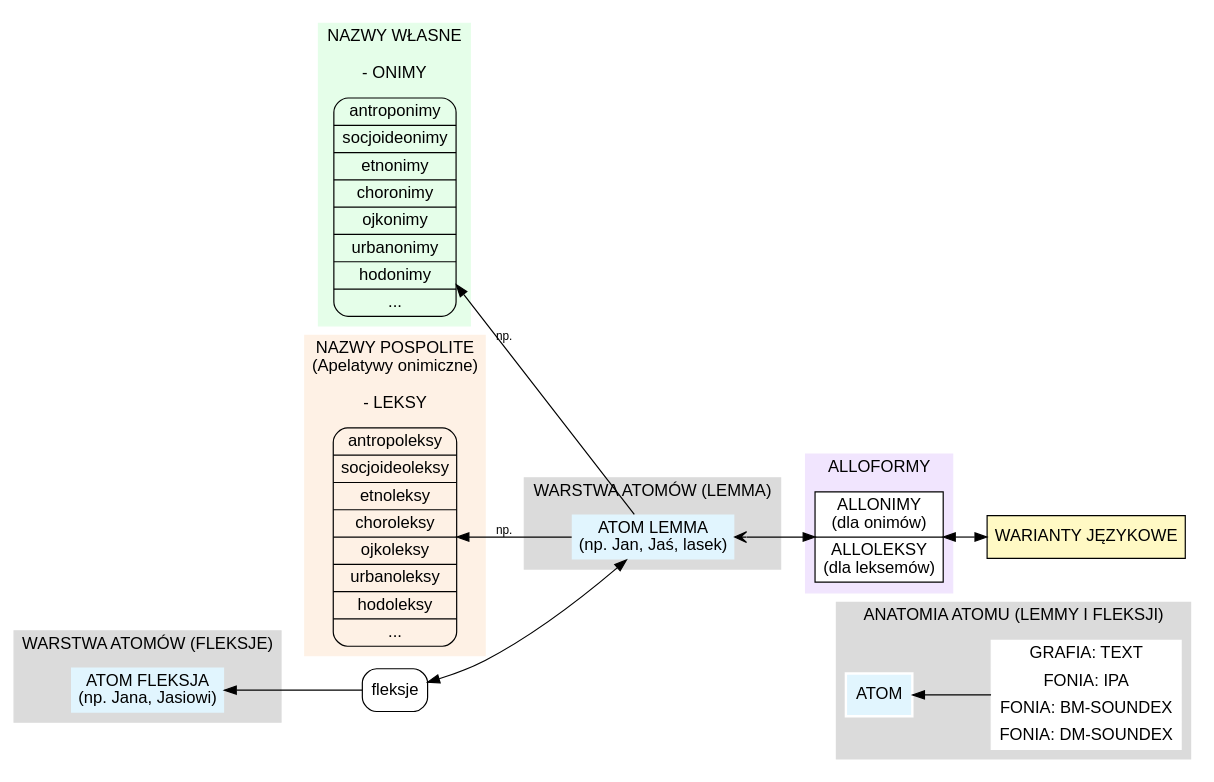
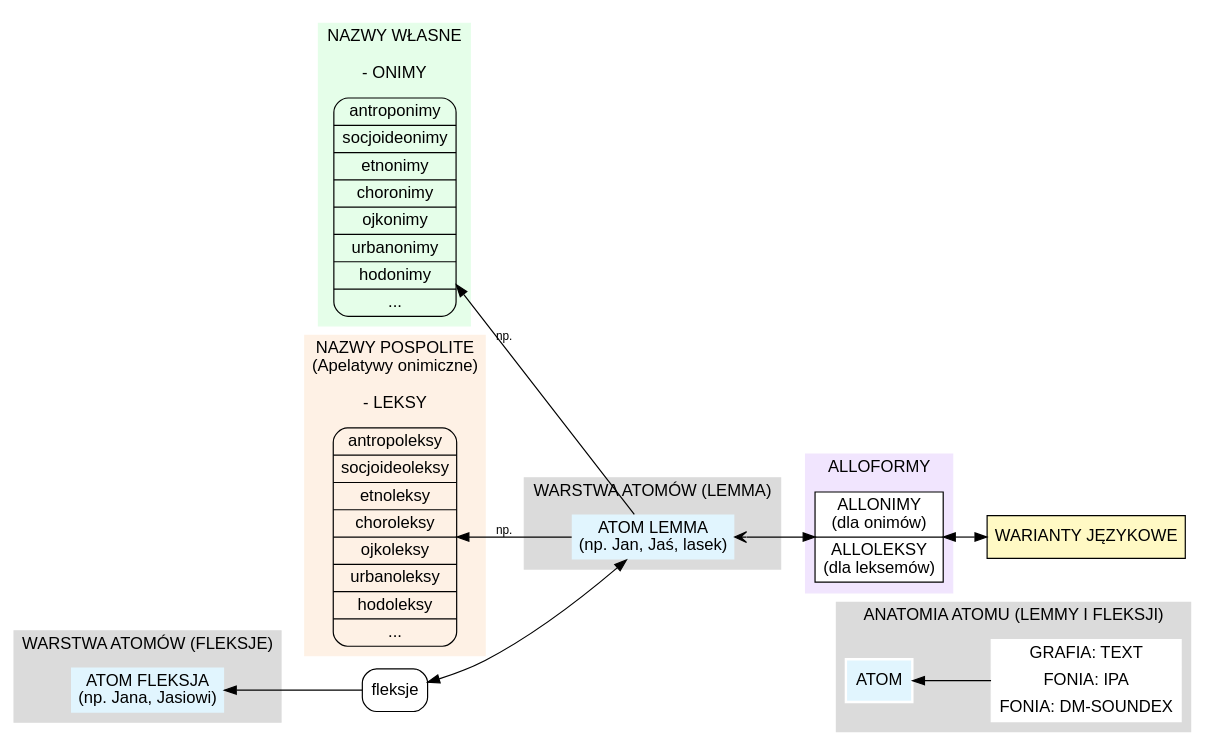
The first of 2 diagrams in README.md (j-Cis/arboretum), drawn with Graphviz before and after one commit. The commit also changed other lines of this file, not shown here.

````diff
--- a/README.md
+++ b/README.md
@@ -127,61 +127,61 @@
 ```graphviz
 digraph G {
   fontname="Arial"
   node [fontname="Arial", shape=box, style=rounded]
   edge [fontname="Arial", fontsize=10]
   compound=true;
   rankdir=RL; 
 
   subgraph cluster_atom_structure {
     label = "ANATOMIA ATOMU (LEMMY I FLEKSJI)";
     style = filled; color = "#dbdbdb";
     node [style=filled, color=white];
     
     atom_model [label="ATOM", penwidth=2, fillcolor="#e1f5fe"];
-    atom_section [label="GRAFIA: TEXT | FONIA: IPA | FONIA: BM-SOUNDEX | FONIA: DM-SOUNDEX", shape=record];
+    atom_section [label="GRAFIA: TEXT | FONIA: IPA | FONIA: DM-SOUNDEX", shape=record];
     atom_section -> atom_model;
   }
 
   subgraph cluster_fleksje_atomy {
     label = "WARSTWA ATOMÓW (FLEKSJE)";
     style = filled; color = "#dbdbdb";
     node [style=filled, fillcolor="#e1f5fe", penwidth=0];
     F_ATOM [label="ATOM FLEKSJA\n(np. Jana, Jasiowi)"];
   }
 
   subgraph cluster_lemma_atomy {
     label = "WARSTWA ATOMÓW (LEMMA)";
     style = filled; color = "#dbdbdb";
     node [style=filled, fillcolor="#e1f5fe", penwidth=0];
     L_ATOM [label="ATOM LEMMA\n(np. Jan, Jaś, lasek)"];
   }
 
   subgraph cluster_alloformy {
     label = "ALLOFORMY";
     style = filled; color = "#F1E5FE";
     node [style=filled, fillcolor="#FFFFFF"];
     A_FORMY [label="ALLONIMY\n(dla onimów) | ALLOLEKSY\n(dla leksemów)", shape=record];
   }
 
   subgraph cluster_onim {
     label = "NAZWY WŁASNE\n\n- ONIMY";
     style = filled; color = "#e5fee9";
     K_ONIMY [label="antroponimy | socjoideonimy | etnonimy | choronimy | ojkonimy | urbanonimy | hodonimy | ...", shape=record];
   }
 
   subgraph cluster_leksem {
     label = "NAZWY POSPOLITE\n(Apelatywy onimiczne)\n\n- LEKSY";
     style = filled; color = "#fef1e5";
     K_LEKSY [label="antropoleksy | socjoideoleksy | etnoleksy | choroleksy | ojkoleksy | urbanoleksy | hodoleksy | ...", shape=record];
   }
 
   translacje [label="WARIANTY JĘZYKOWE", fillcolor="#FFF9C4", style=filled];
   translacje -> A_FORMY [dir=both];
   A_FORMY -> L_ATOM [arrowhead=vee]  [dir=both];
   fleksje_hub [label="fleksje"];
   L_ATOM -> fleksje_hub [dir=both];
   fleksje_hub -> F_ATOM;
   L_ATOM -> K_ONIMY [label="np."];
   L_ATOM -> K_LEKSY [label="np."];
 }
 ```
````
